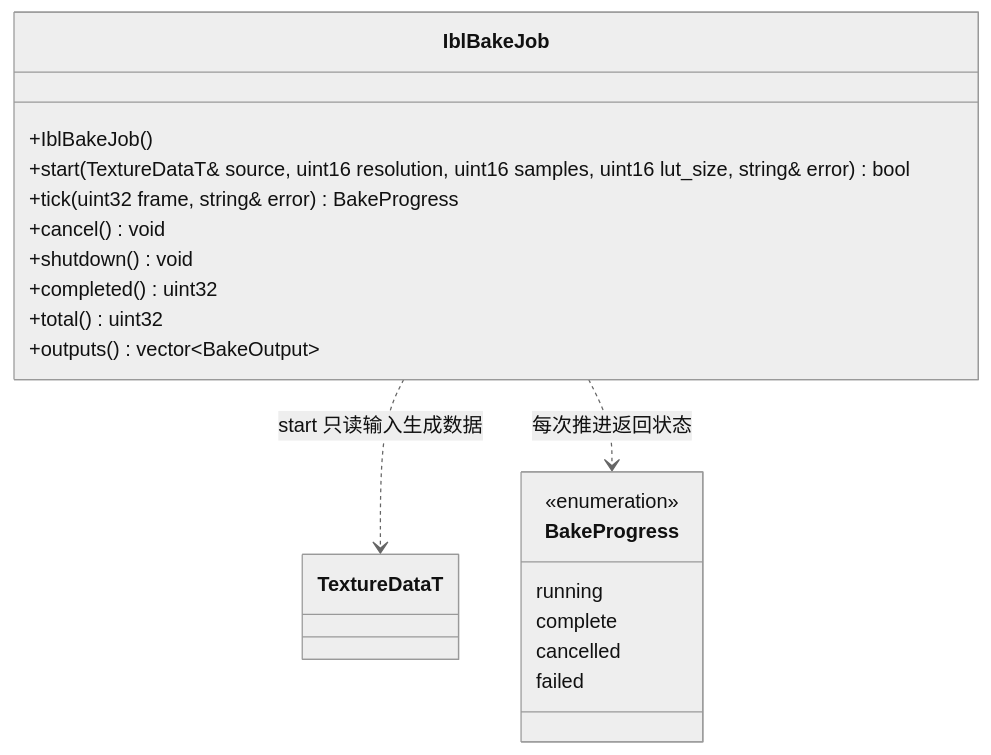
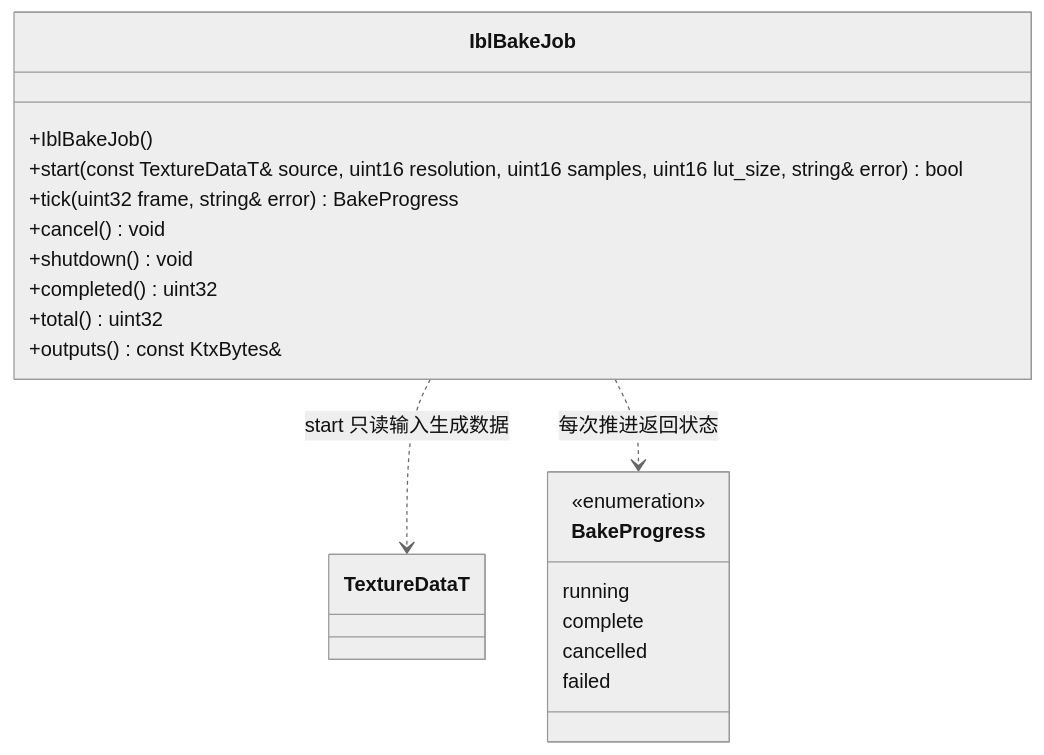
One commit to lcals/Engine changed the second of 3 diagrams in docs/plugins/editor/class-diagrams/scene-bake.md. Above: the diagram before and after it, drawn with Mermaid (neutral theme). The commit also changed other lines of this file and 222 other files, not shown here.

Commit message:
Consolidate editor asset imports and align architecture documentation

````diff
--- a/docs/plugins/editor/class-diagrams/scene-bake.md
+++ b/docs/plugins/editor/class-diagrams/scene-bake.md
@@ -45,23 +45,23 @@
 ```mermaid
 classDiagram
     class IblBakeJob {
         +IblBakeJob()
-        +start(TextureDataT& source, uint16 resolution, uint16 samples, uint16 lut_size, string& error) bool
+        +start(const TextureDataT& source, uint16 resolution, uint16 samples, uint16 lut_size, string& error) bool
         +tick(uint32 frame, string& error) BakeProgress
         +cancel() void
         +shutdown() void
         +completed() uint32
         +total() uint32
-        +outputs() vector~BakeOutput~
+        +outputs() const KtxBytes&
     }
     class BakeProgress {
         <<enumeration>>
         running
         complete
         cancelled
         failed
     }
     class TextureDataT
     IblBakeJob ..> TextureDataT : start 只读输入生成数据
     IblBakeJob ..> BakeProgress : 每次推进返回状态
 ```
````
